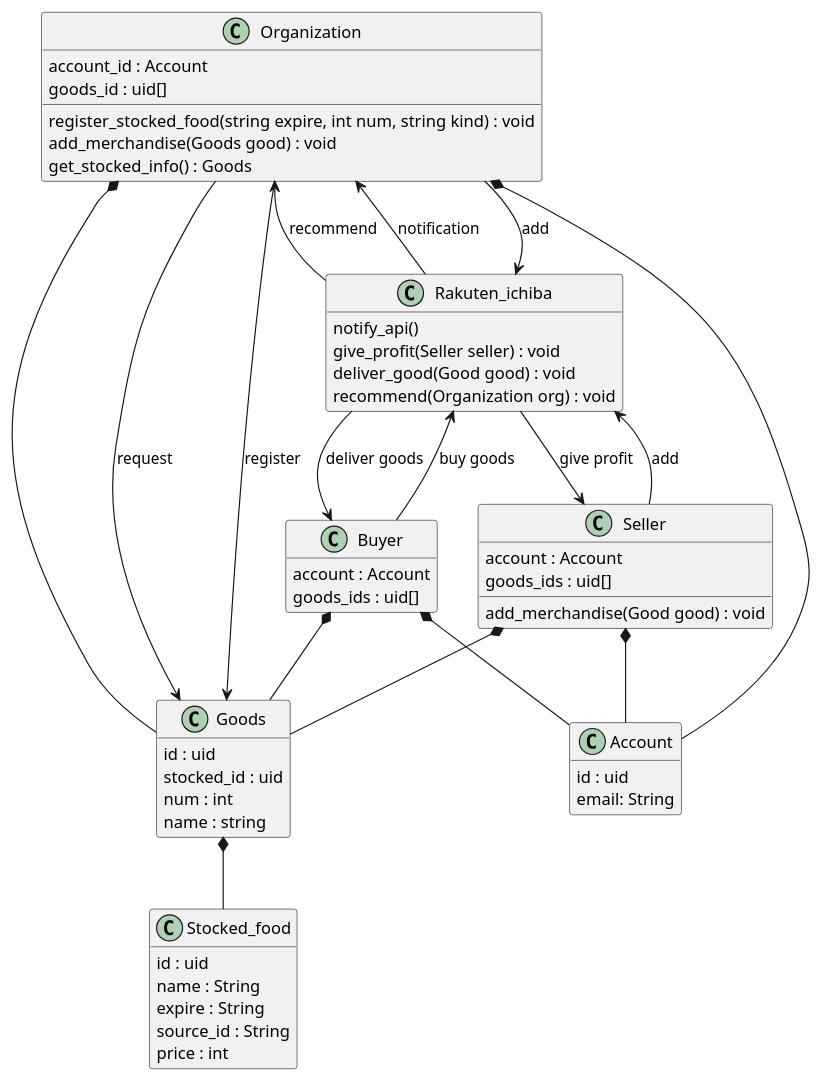
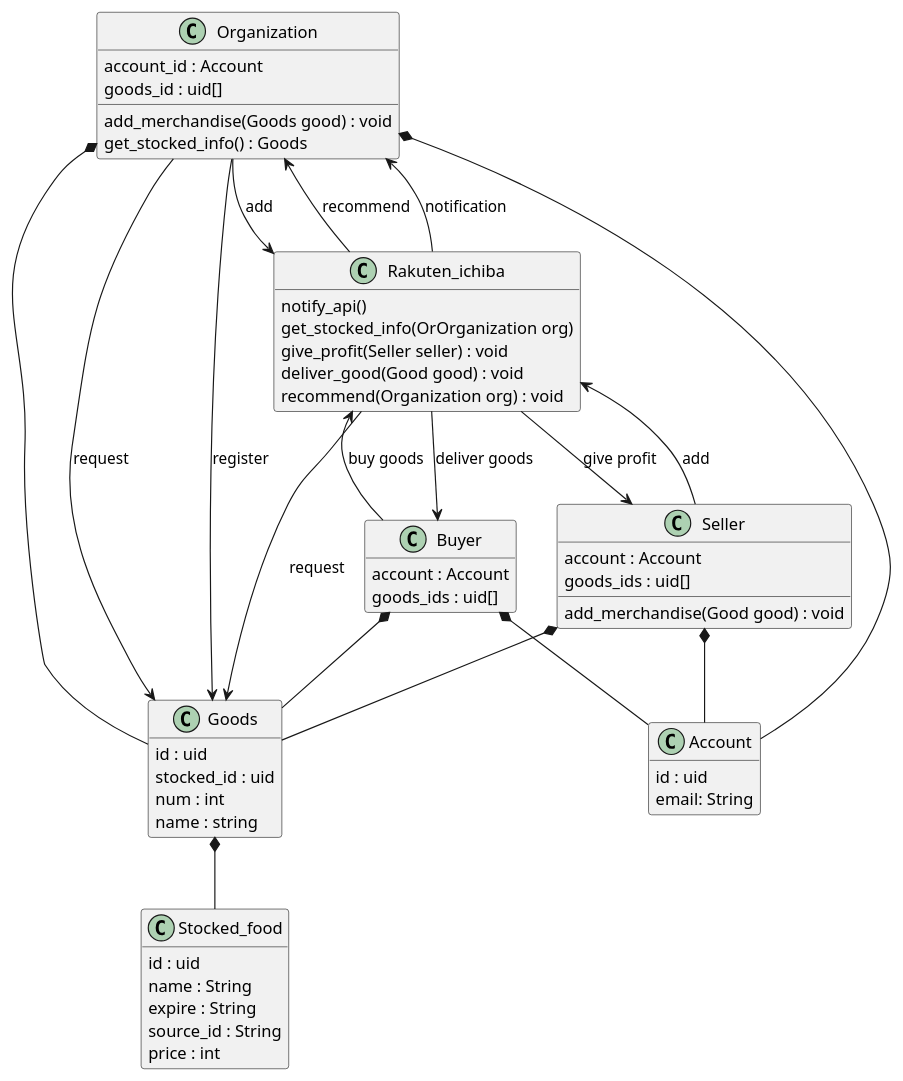
The diagram in Design/class.pu (111161226/Rakuten-Rations), drawn with PlantUML before and after one commit. The commit also changed 1 other file, not shown here.

Commit message:
fix class diagram

```diff
--- a/Design/class.pu
+++ b/Design/class.pu
@@ -1,74 +1,75 @@
 @startuml
 hide empty members
 
 class Stocked_food {
     id : uid
     name : String
     expire : String
     source_id : String
     price : int
 }
 
 class Organization {
     account_id : Account
     goods_id : uid[]
-    register_stocked_food(string expire, int num, string kind) : void
     add_merchandise(Goods good) : void
     get_stocked_info() : Goods 
 }
 
 class Goods {
     id : uid
     stocked_id : uid
     num : int
     name : string
 }
 
 class Seller  {
     account : Account
     goods_ids : uid[]
     add_merchandise(Good good) : void
 }
 
 class Buyer {
     account : Account
     goods_ids : uid[]
 }
 
 class Account {
     id : uid
     email: String
 }
 
 class Rakuten_ichiba {
     notify_api()
+    get_stocked_info(OrOrganization org)
     give_profit(Seller seller) : void
     deliver_good(Good good) : void
     recommend(Organization org) : void
 }
 
 
 Organization *-- Account
 Organization *-- Goods
 Organization --> Goods : request
 Organization --> Goods : register
 Organization --> Rakuten_ichiba : add
 
 Rakuten_ichiba --> Organization : recommend
 Rakuten_ichiba --> Organization : notification
 Rakuten_ichiba --> Seller : give profit
 Rakuten_ichiba --> Buyer : deliver goods
 
 Buyer --> Rakuten_ichiba : buy goods
 
 Buyer *-- Account
 Buyer *-- Goods
 
 Seller *-- Account
 Seller *-- Goods
 Seller --> Rakuten_ichiba : add
 
+Rakuten_ichiba --> Goods : request
 
 Goods *-- Stocked_food
 
 @enduml
```
